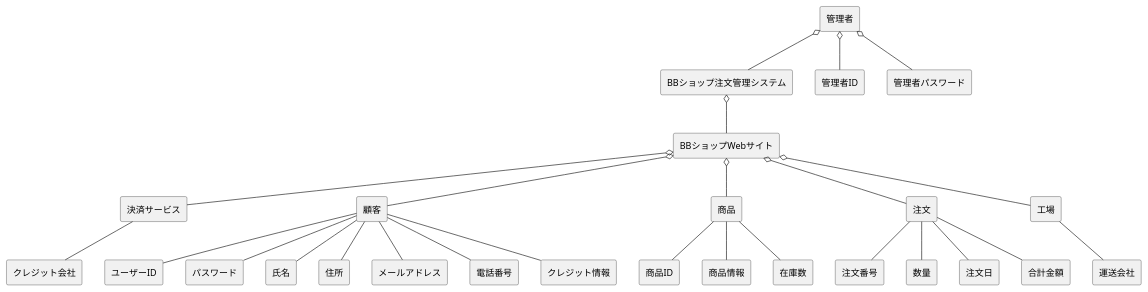
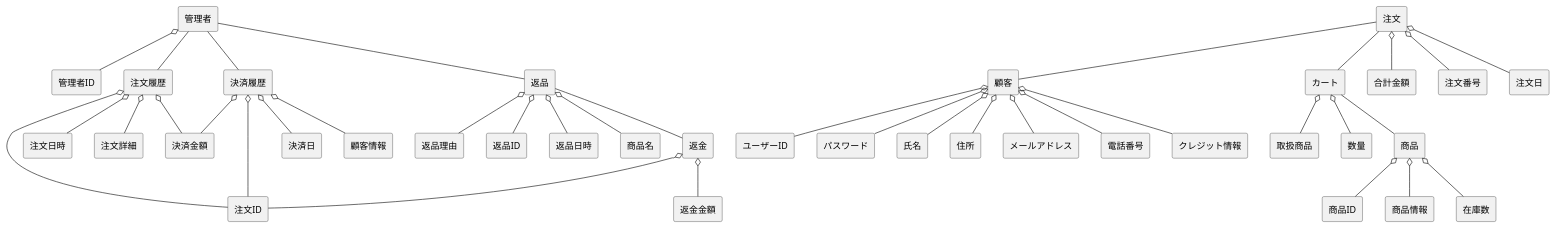
One commit to takano1228/ohara_uml changed the diagram in group/bbshop/domain.pu. Above: the diagram before and after it, drawn with PlantUML. The commit also changed other lines of this file and 4 other files, not shown here.

```diff
--- a/group/bbshop/domain.pu
+++ b/group/bbshop/domain.pu
@@ -1,33 +1,55 @@
 @startuml bbショップドメインモデル図
 skinparam componentStyle rectangle
 
-' BBショップ
-[管理者] o-- [BBショップ注文管理システム]
-[管理者] o-- [管理者ID]
-[管理者] o-- [管理者パスワード]
-[BBショップ注文管理システム] o-- [BBショップWebサイト]
-[BBショップWebサイト] o-- [決済サービス]
-[決済サービス] -- [クレジット会社]
-[BBショップWebサイト] o-- [顧客]
-[BBショップWebサイト] o-- [商品]
-[BBショップWebサイト] o-- [注文]
-[BBショップWebサイト] o-- [工場]
+[管理者] o-- [管理者ID] 
+[管理者] -- [注文履歴] 
+[管理者] -- [決済履歴]
+[管理者] -- [返品]
+[顧客] o-- [ユーザーID] 
+[顧客] o-- [パスワード] 
+[顧客] o-- [氏名] 
+[顧客] o-- [住所] 
+[顧客] o-- [メールアドレス] 
+[顧客] o-- [電話番号] 
+[顧客] o-- [クレジット情報] 
+
+[決済履歴] o-- [注文ID]
+[決済履歴] o-- [決済日]
+[決済履歴] o-- [決済金額]
+[決済履歴] o-- [顧客情報]
 
 
-[工場] -- [運送会社]
-[顧客] -- [ユーザーID]
-[顧客] -- [パスワード]
-[顧客] -- [氏名]
-[顧客] -- [住所]
-[顧客] -- [メールアドレス]
-[顧客] -- [電話番号]
-[顧客] -- [クレジット情報]
-[商品] -- [商品ID]
-[商品] -- [商品情報]
-[商品] -- [在庫数]
-[注文] -- [注文番号]
-[注文] -- [数量]
-[注文] -- [注文日]
-[注文] -- [合計金額]
+
+[注文履歴] o-- [決済金額]
+[注文履歴] o-- [注文ID]
+[注文履歴] o-- [注文日時]
+[注文履歴] o-- [注文詳細]
+
+
+[カート] o-- [取扱商品] 
+[カート] o-- [数量] 
+[注文] o-- [合計金額] 
+[カート] -- [商品] 
+[注文] o-- [注文番号] 
+[注文] o-- [注文日] 
+[注文] -- [カート] 
+[注文] -- [顧客] 
+
+[返品] o-- [返品理由]
+[返品] o-- [返品ID]
+[返品] o-- [返品日時]
+[返品] o-- [商品名]
+[返品] -- [返金]
+[商品] o-- [商品ID] 
+[商品] o-- [商品情報] 
+[商品] o-- [在庫数] 
+
+[返金] o-- [返金金額]
+[返金] o-- [注文ID]
+
+
+
+
+
 
 @enduml
```
